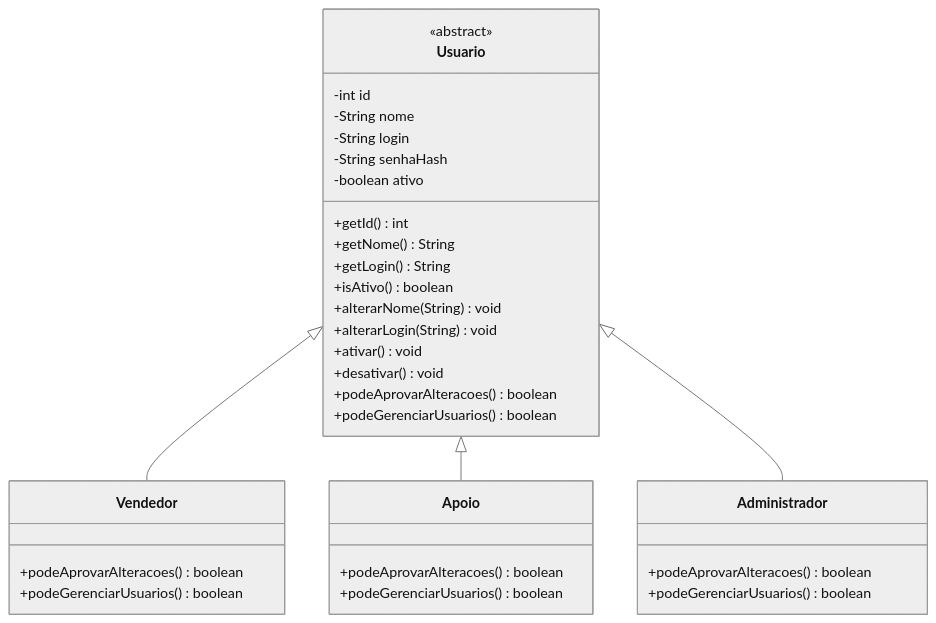
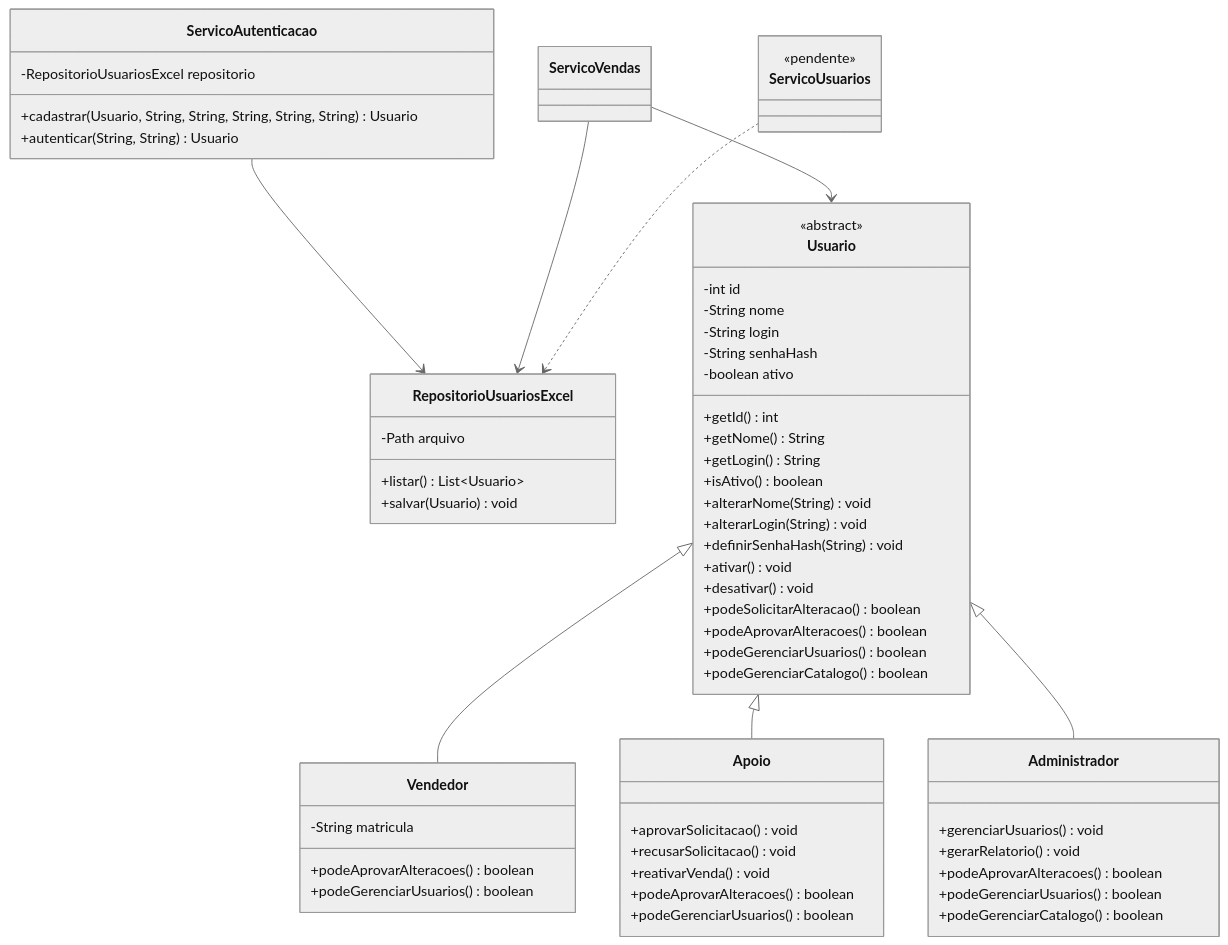
Before and after one commit to JeffersonDeylane/LP2---sistema-de-vendas: the diagram in docs/diagramas/09-usuários.mmd, drawn with Mermaid (neutral theme). The commit also changed 165 other files, not shown here.

Commit message:
criação das classes seguindo o diagrama decidido (ainda com o código pendente)

```diff
--- a/docs/diagramas/09-usuários.mmd
+++ b/docs/diagramas/09-usuários.mmd
@@ -1,37 +1,66 @@
 
 classDiagram
+    class ServicoAutenticacao {
+        -RepositorioUsuariosExcel repositorio
+        +cadastrar(Usuario, String, String, String, String, String) Usuario
+        +autenticar(String, String) Usuario
+    }
+    class RepositorioUsuariosExcel {
+        -Path arquivo
+        +listar() List~Usuario~
+        +salvar(Usuario) void
+    }
+    class ServicoVendas
+    class ServicoUsuarios {
+        <<pendente>>
+    }
+
     class Usuario {
         <<abstract>>
         -int id
         -String nome
         -String login
         -String senhaHash
         -boolean ativo
         +getId() int
         +getNome() String
         +getLogin() String
         +isAtivo() boolean
         +alterarNome(String) void
         +alterarLogin(String) void
+        +definirSenhaHash(String) void
         +ativar() void
         +desativar() void
+        +podeSolicitarAlteracao() boolean
         +podeAprovarAlteracoes() boolean
         +podeGerenciarUsuarios() boolean
+        +podeGerenciarCatalogo() boolean
     }
 
     class Vendedor {
+        -String matricula
         +podeAprovarAlteracoes() boolean
         +podeGerenciarUsuarios() boolean
     }
     class Apoio {
+        +aprovarSolicitacao() void
+        +recusarSolicitacao() void
+        +reativarVenda() void
         +podeAprovarAlteracoes() boolean
         +podeGerenciarUsuarios() boolean
     }
     class Administrador {
+        +gerenciarUsuarios() void
+        +gerarRelatorio() void
         +podeAprovarAlteracoes() boolean
         +podeGerenciarUsuarios() boolean
+        +podeGerenciarCatalogo() boolean
     }
 
     Usuario <|-- Vendedor
     Usuario <|-- Apoio
     Usuario <|-- Administrador
+    ServicoAutenticacao --> RepositorioUsuariosExcel
+    ServicoVendas --> RepositorioUsuariosExcel
+    ServicoVendas --> Usuario
+    ServicoUsuarios ..> RepositorioUsuariosExcel
```
